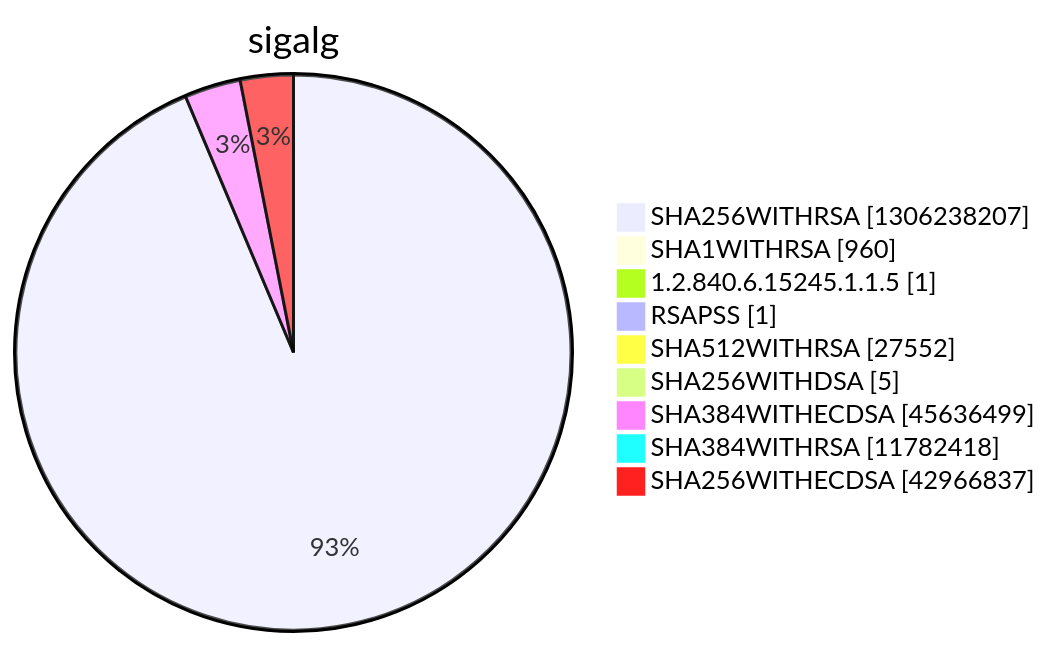
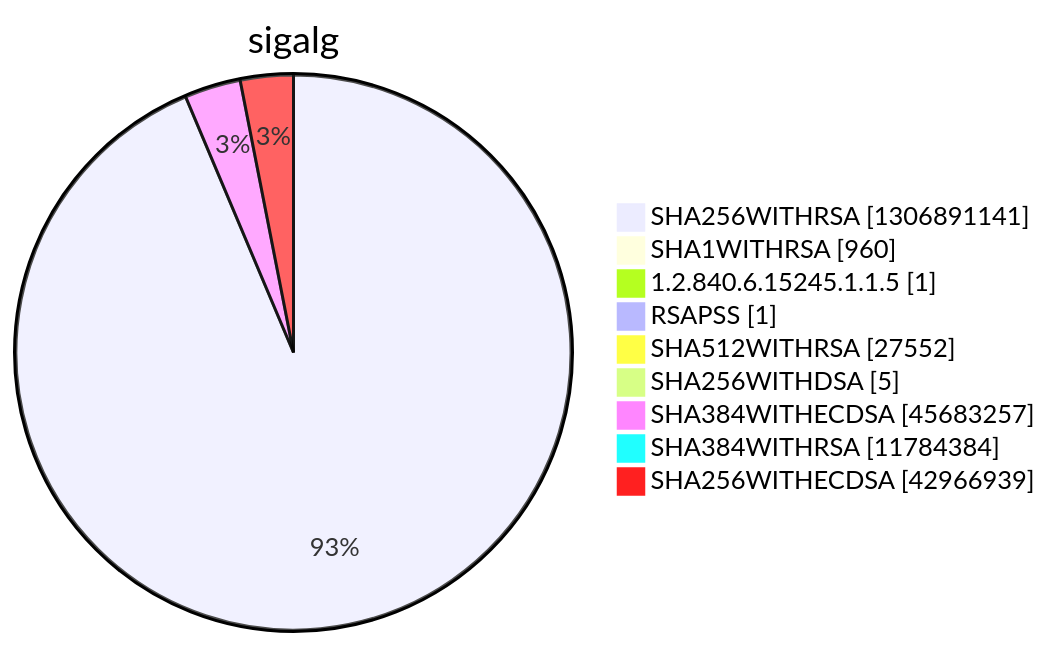
Diagram 15 of 15 in argon2022/README.md (christiankrug/ctmonitor_visualization), drawn with Mermaid before and after one commit. The commit also changed other lines of this file, not shown here.

````diff
--- a/argon2022/README.md
+++ b/argon2022/README.md
@@ -5523,13 +5523,13 @@
 ```mermaid
 pie showData
 title sigalg
-"SHA256WITHRSA" :1306238207
+"SHA256WITHRSA" :1306891141
 "SHA1WITHRSA" :960
 "1.2.840.6.15245.1.1.5" :1
 "RSAPSS" :1
 "SHA512WITHRSA" :27552
 "SHA256WITHDSA" :5
-"SHA384WITHECDSA" :45636499
-"SHA384WITHRSA" :11782418
-"SHA256WITHECDSA" :42966837
+"SHA384WITHECDSA" :45683257
+"SHA384WITHRSA" :11784384
+"SHA256WITHECDSA" :42966939
 ```
````
